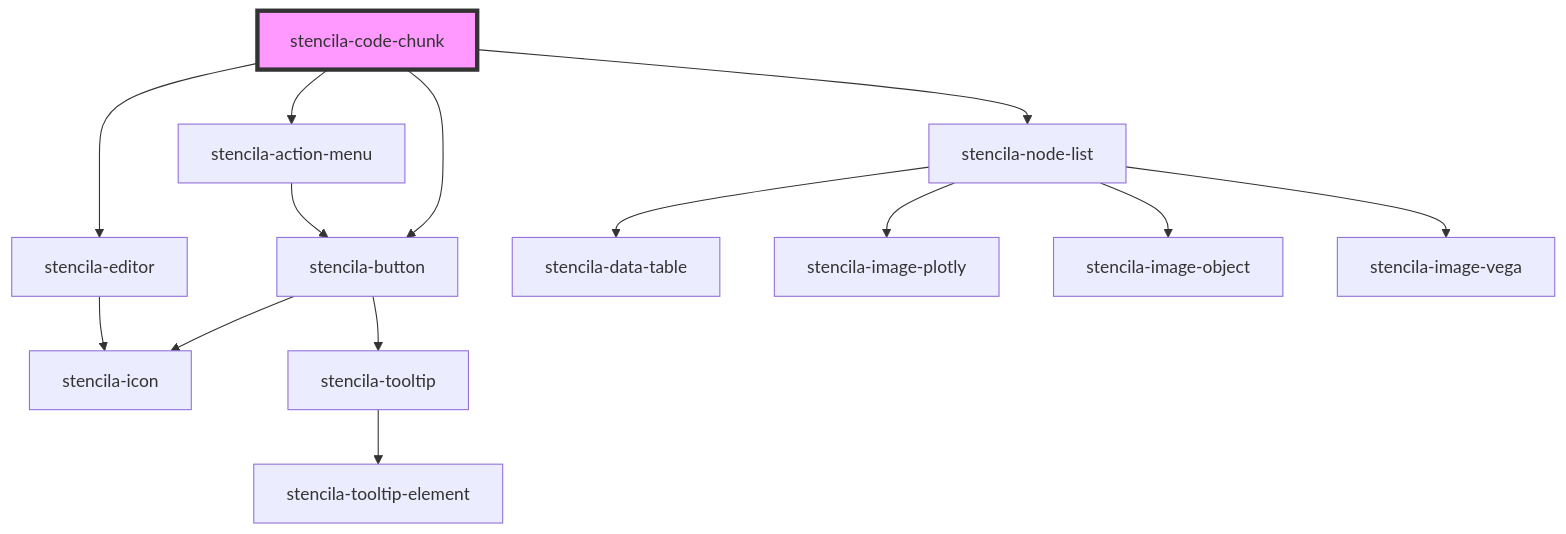
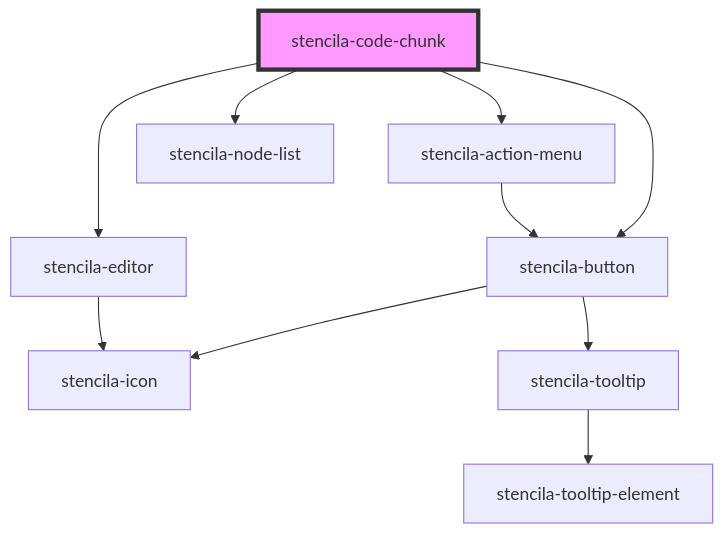
One commit to stencila/designa changed the diagram in packages/components/src/components/codeChunk/readme.md. Above: the diagram before and after it, drawn with Mermaid. The commit also changed 7 other files, not shown here.

````diff
--- a/packages/components/src/components/codeChunk/readme.md
+++ b/packages/components/src/components/codeChunk/readme.md
@@ -79,17 +79,13 @@
 ```mermaid
 graph TD;
   stencila-code-chunk --> stencila-action-menu
   stencila-code-chunk --> stencila-button
   stencila-code-chunk --> stencila-editor
   stencila-code-chunk --> stencila-node-list
   stencila-action-menu --> stencila-button
   stencila-button --> stencila-icon
   stencila-button --> stencila-tooltip
   stencila-tooltip --> stencila-tooltip-element
   stencila-editor --> stencila-icon
-  stencila-node-list --> stencila-data-table
-  stencila-node-list --> stencila-image-plotly
-  stencila-node-list --> stencila-image-object
-  stencila-node-list --> stencila-image-vega
   style stencila-code-chunk fill:#f9f,stroke:#333,stroke-width:4px
 ```
````
